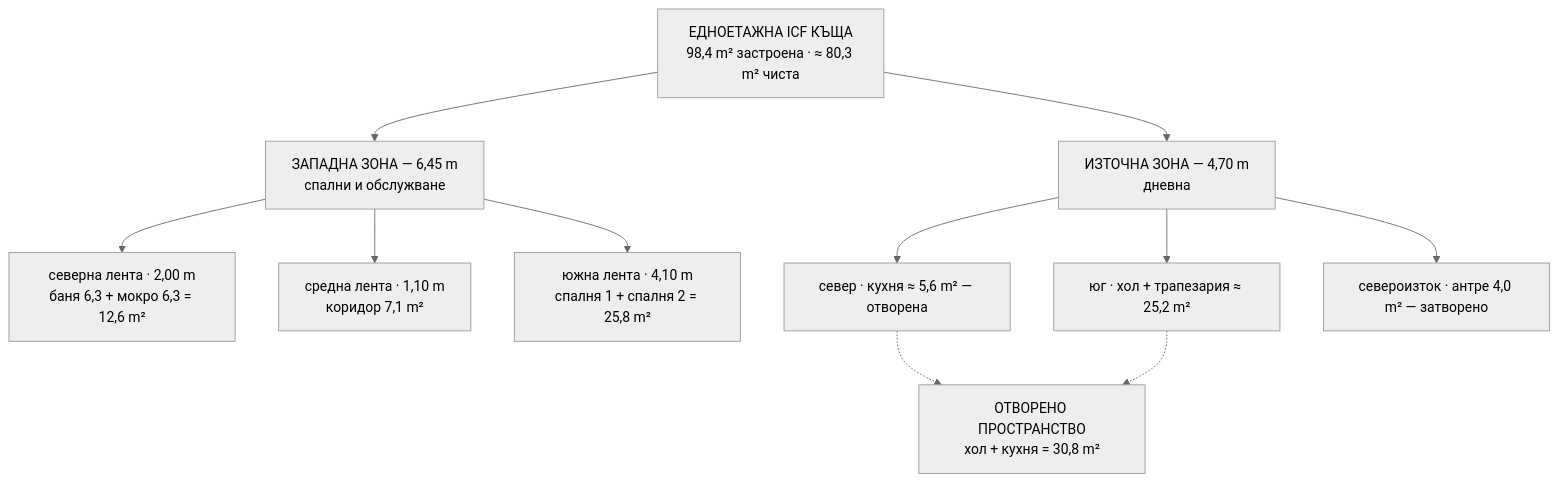
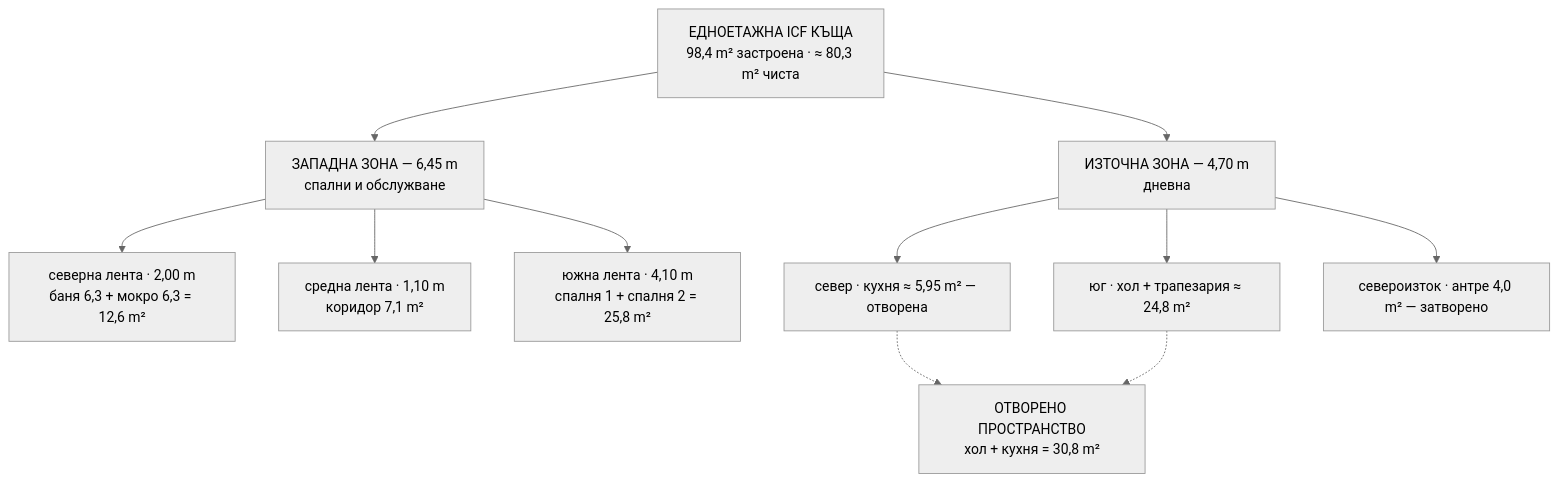
Before and after one commit to metodiev/nikolaevo-house: the first of 6 diagrams in architecture/04-diagrams.md, drawn with Mermaid (neutral theme). The commit also changed other lines of this file and 22 other files, not shown here.

````diff
--- a/architecture/04-diagrams.md
+++ b/architecture/04-diagrams.md
@@ -13,18 +13,18 @@
 ```mermaid
 flowchart TB
     K["ЕДНОЕТАЖНА ICF КЪЩА<br/>98,4 m² застроена · ≈ 80,3 m² чиста"]
 
     K --> W["ЗАПАДНА ЗОНА — 6,45 m<br/>спални и обслужване"]
     K --> E["ИЗТОЧНА ЗОНА — 4,70 m<br/>дневна"]
 
     W --> W1["северна лента · 2,00 m<br/>баня 6,3 + мокро 6,3 = 12,6 m²"]
     W --> W2["средна лента · 1,10 m<br/>коридор 7,1 m²"]
     W --> W3["южна лента · 4,10 m<br/>спалня 1 + спалня 2 = 25,8 m²"]
 
-    E --> E1["север · кухня ≈ 5,6 m² — отворена"]
-    E --> E2["юг · хол + трапезария ≈ 25,2 m²"]
+    E --> E1["север · кухня ≈ 5,95 m² — отворена"]
+    E --> E2["юг · хол + трапезария ≈ 24,8 m²"]
     E --> E3["североизток · антре 4,0 m² — затворено"]
 
     E1 -.-> E4["ОТВОРЕНО ПРОСТРАНСТВО<br/>хол + кухня = 30,8 m²"]
     E2 -.-> E4
 ```
````
